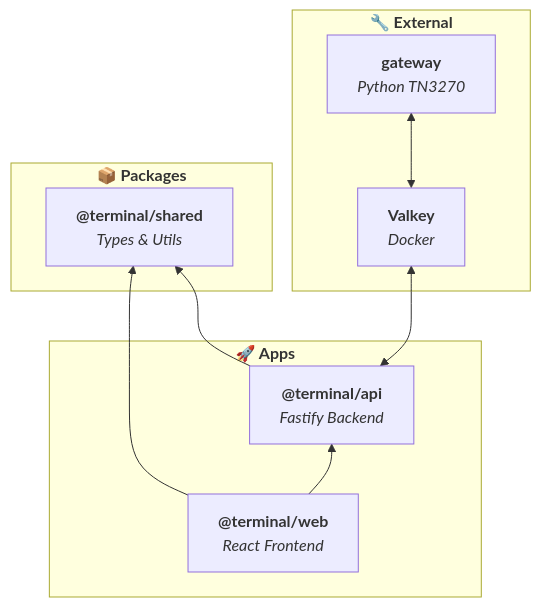
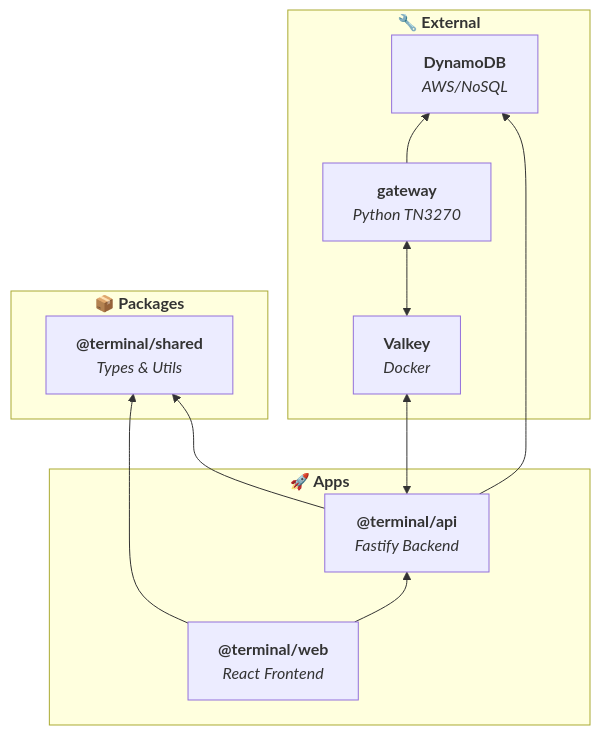
One commit to necrokings/iast changed the fifth of 8 diagrams in docs/diagrams.md. Above: the diagram before and after it, drawn with Mermaid. The commit also changed other lines of this file and 2 other files, not shown here.

First line of the commit message:
Update documentation to reflect DynamoDB as required dependency

````diff
--- a/docs/diagrams.md
+++ b/docs/diagrams.md
@@ -210,26 +224,30 @@
 ```mermaid
 flowchart BT
     subgraph Packages["` **📦 Packages** `"]
         Shared["`**@terminal/shared**
         _Types & Utils_`"]
     end
 
     subgraph Apps["` **🚀 Apps** `"]
         Web["`**@terminal/web**
         _React Frontend_`"]
         API["`**@terminal/api**
         _Fastify Backend_`"]
     end
 
     subgraph External["` **🔧 External** `"]
         Gateway["`**gateway**
         _Python TN3270_`"]
         Valkey["`**Valkey**
         _Docker_`"]
+        DynamoDB["`**DynamoDB**
+        _AWS/NoSQL_`"]
     end
 
     Web --> Shared
     API --> Shared
     API <--> Valkey <--> Gateway
+    API --> DynamoDB
+    Gateway --> DynamoDB
     Web --> API
 ```
````
